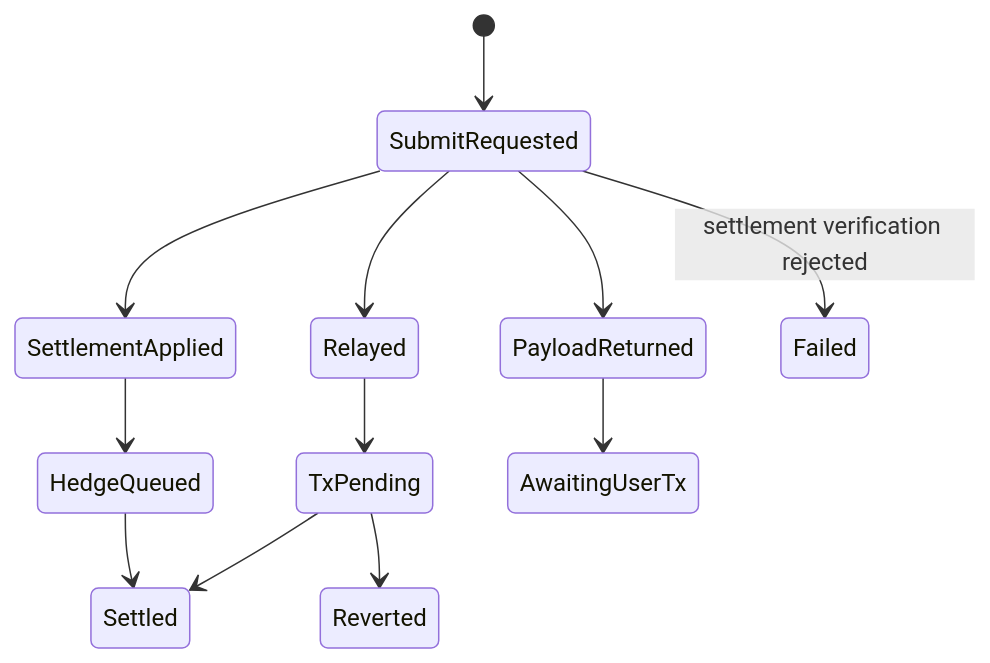
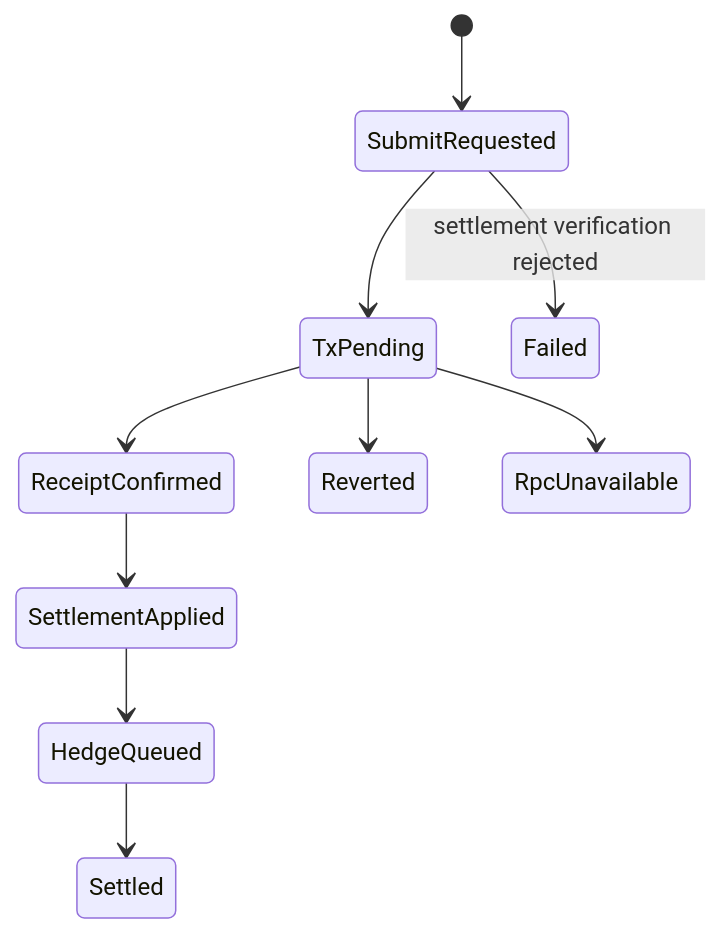
Before and after one commit to alvis-ai/production-grade-web3-rfq-market-maker: the third of 3 diagrams in book/Volume5-BackendEngineering/Chapter06-Execution-Service.md, drawn with Mermaid. The commit also changed other lines of this file and 34 other files, not shown here.

Commit message:
Add receipt-confirmed settlement execution

````diff
--- a/book/Volume5-BackendEngineering/Chapter06-Execution-Service.md
+++ b/book/Volume5-BackendEngineering/Chapter06-Execution-Service.md
@@ -100,14 +103,12 @@
 ```mermaid
 stateDiagram-v2
   [*] --> SubmitRequested
-  SubmitRequested --> SettlementApplied
+  SubmitRequested --> TxPending
+  TxPending --> ReceiptConfirmed
+  ReceiptConfirmed --> SettlementApplied
   SettlementApplied --> HedgeQueued
   HedgeQueued --> Settled
-  SubmitRequested --> PayloadReturned
-  SubmitRequested --> Relayed
   SubmitRequested --> Failed: settlement verification rejected
-  Relayed --> TxPending
-  TxPending --> Settled
   TxPending --> Reverted
-  PayloadReturned --> AwaitingUserTx
+  TxPending --> RpcUnavailable
 ```
````
